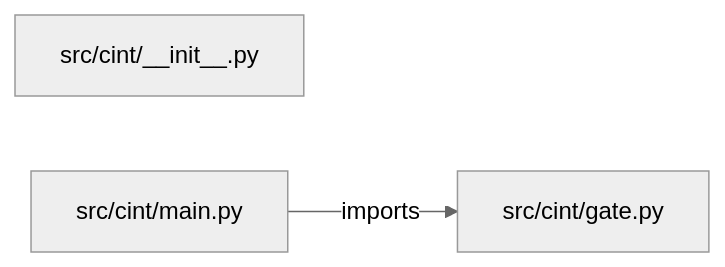
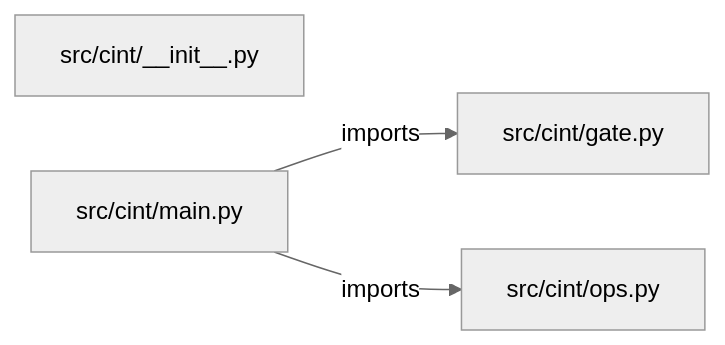
Before and after one commit to iarsingh/customer-integration-platform: the diagram in PROJECT_ARCHITECTURE.md, drawn with Mermaid (neutral theme). The commit also changed other lines of this file and 2 other files, not shown here.

Commit message:
Refresh architecture and interview guides from current implementation

````diff
--- a/PROJECT_ARCHITECTURE.md
+++ b/PROJECT_ARCHITECTURE.md
@@ -13,7 +13,9 @@
 ```mermaid
 flowchart LR
     M0["src/cint/__init__.py"]
     M1["src/cint/gate.py"]
     M2["src/cint/main.py"]
+    M3["src/cint/ops.py"]
     M2 -->|imports| M1
+    M2 -->|imports| M3
 ```
````
